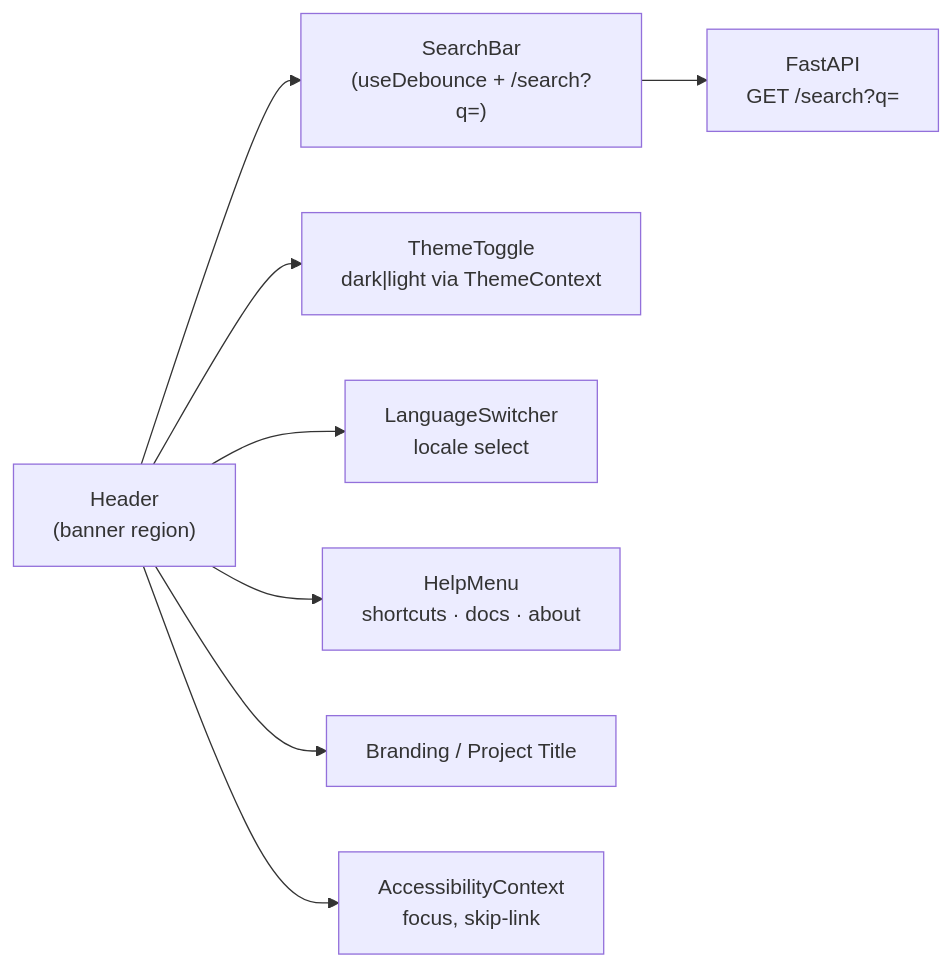
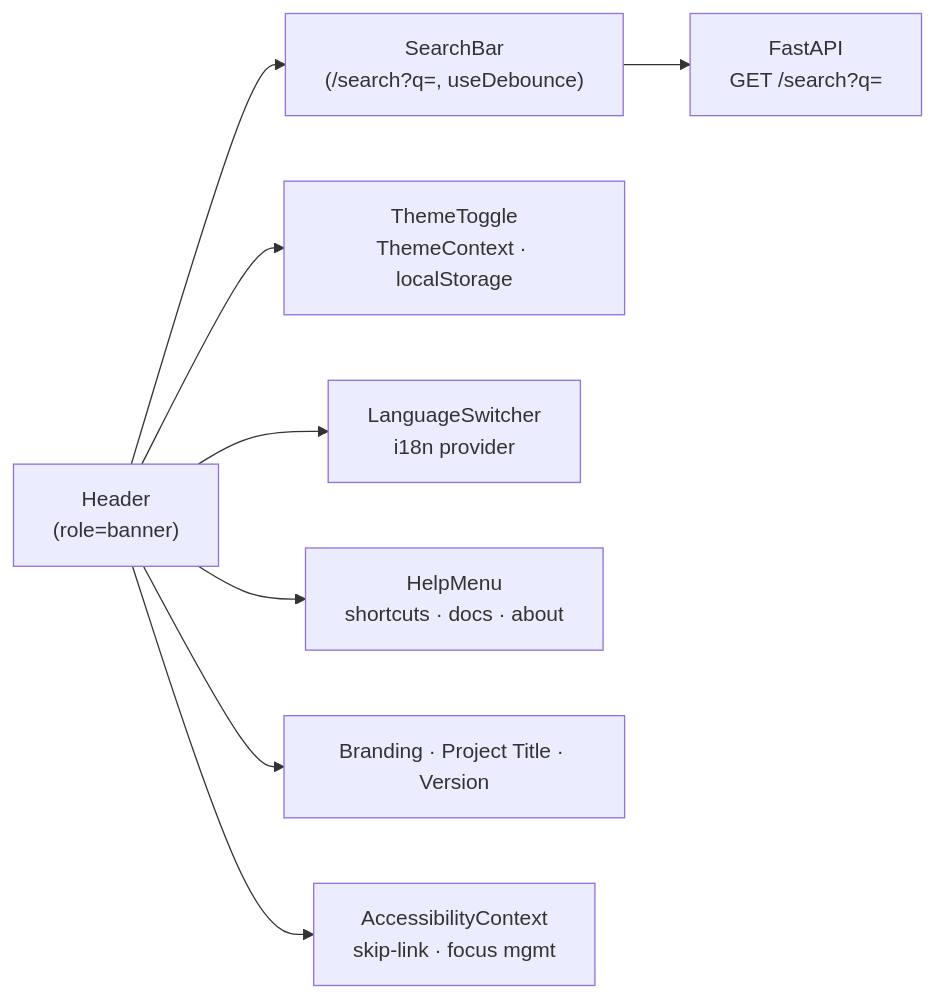
One commit to bartytime4life/Kansas-Frontier-Matrix changed the first of 2 diagrams in web/src/components/Header/README.md. Above: the diagram before and after it, drawn with Mermaid. The commit also changed other lines of this file, not shown here.

````diff
--- a/web/src/components/Header/README.md
+++ b/web/src/components/Header/README.md
@@ -67,11 +47,11 @@
 ```mermaid
 flowchart LR
-  H["Header<br/>(banner region)"] --> S["SearchBar<br/>(useDebounce + /search?q=)"]
-  H --> T["ThemeToggle<br/>dark|light via ThemeContext"]
-  H --> L["LanguageSwitcher<br/>locale select"]
+  H["Header<br/>(role=banner)"] --> S["SearchBar<br/>(/search?q=, useDebounce)"]
+  H --> T["ThemeToggle<br/>ThemeContext · localStorage"]
+  H --> L["LanguageSwitcher<br/>i18n provider"]
   H --> M["HelpMenu<br/>shortcuts · docs · about"]
-  H --> LOGO["Branding / Project Title"]
+  H --> LOGO["Branding · Project Title · Version"]
   S --> API["FastAPI<br/>GET /search?q="]
-  H --> ACC["AccessibilityContext<br/>focus, skip-link"]
+  H --> ACC["AccessibilityContext<br/>skip-link · focus mgmt"]
 %% END OF MERMAID
 ```
````
